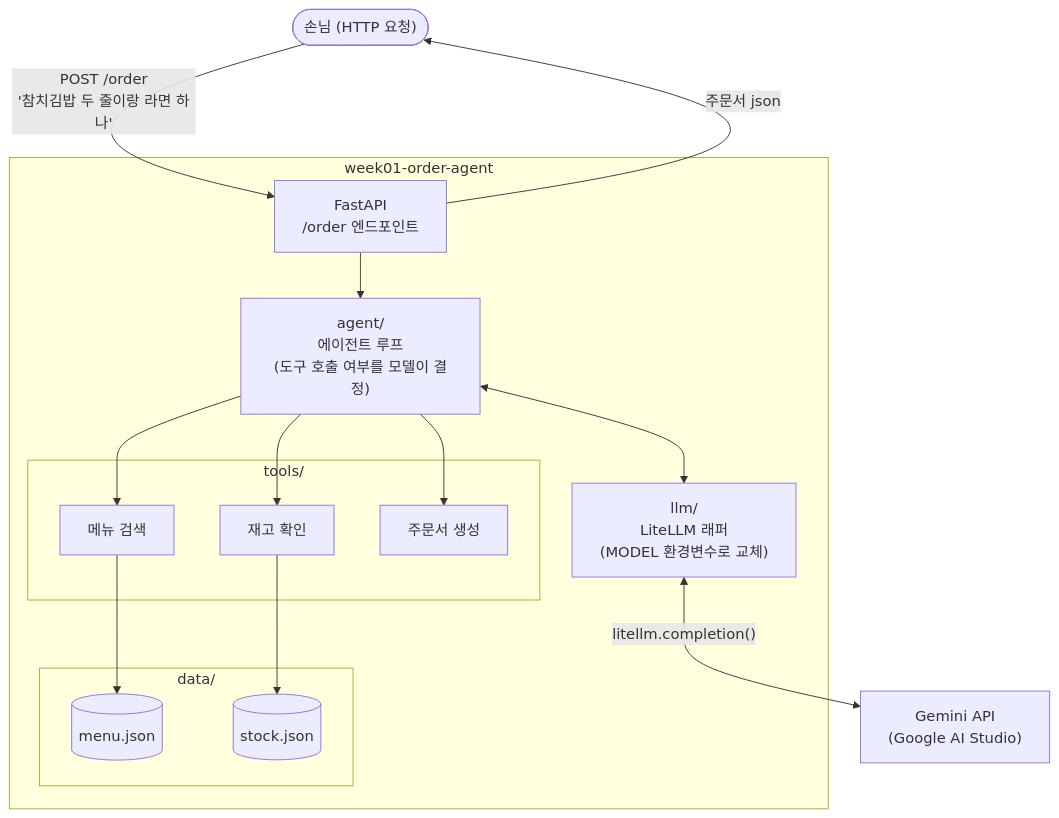
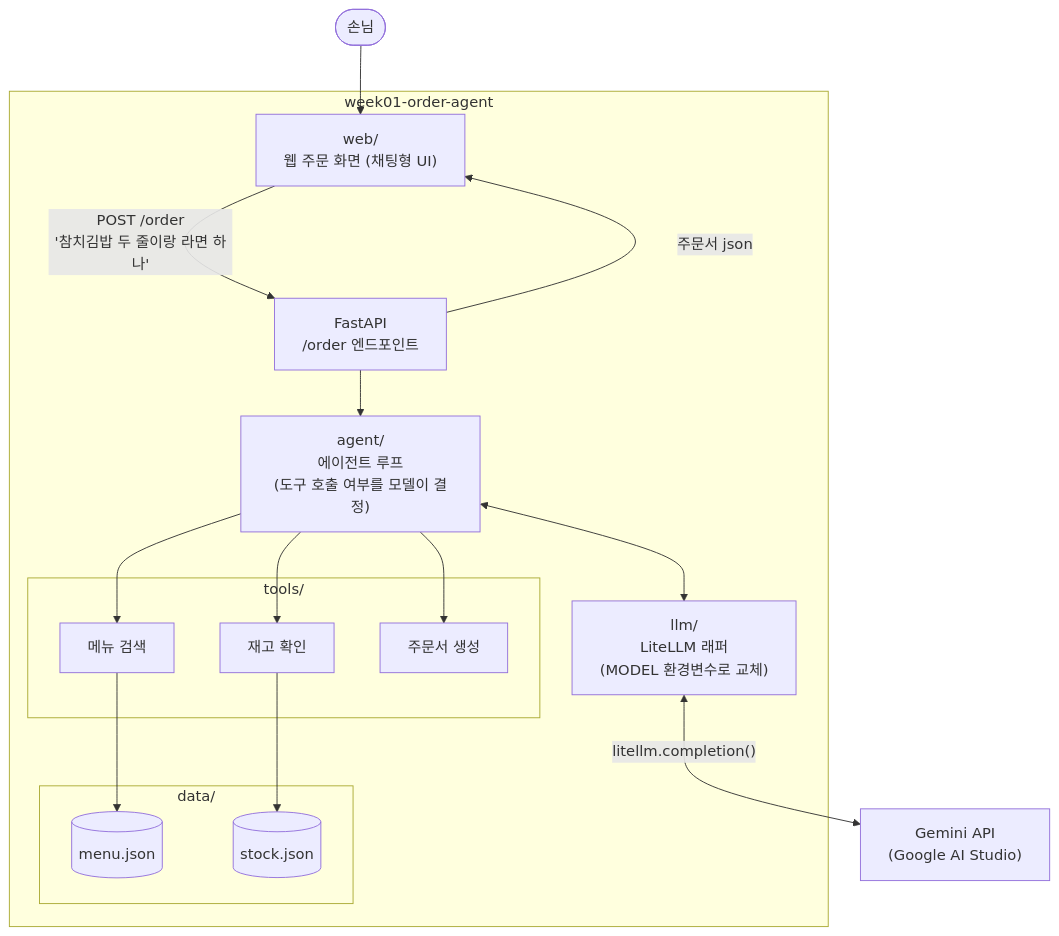
One commit to 2026-ai-service-engineering-a/ai_service_engineering-track_a changed the tenth of 14 diagrams in site/src/content/courses/ko/session-01.mdx. Above: the diagram before and after it, drawn with Mermaid. The commit also changed other lines of this file and 3 other files, not shown here.

````diff
--- a/site/src/content/courses/ko/session-01.mdx
+++ b/site/src/content/courses/ko/session-01.mdx
@@ -339,27 +339,29 @@
 ```mermaid
 flowchart TB
-    U(["손님 (HTTP 요청)"]) -->|"POST /order<br/>'참치김밥 두 줄이랑 라면 하나'"| API
+    U(["손님"]) --> WEB
 
     subgraph app["week01-order-agent"]
+        WEB["web/<br/>웹 주문 화면 (채팅형 UI)"]
+        WEB -->|"POST /order<br/>'참치김밥 두 줄이랑 라면 하나'"| API
         API["FastAPI<br/>/order 엔드포인트"]
         AG["agent/<br/>에이전트 루프<br/>(도구 호출 여부를 모델이 결정)"]
         LLM["llm/<br/>LiteLLM 래퍼<br/>(MODEL 환경변수로 교체)"]
         subgraph tools["tools/"]
             T1["메뉴 검색"]
             T2["재고 확인"]
             T3["주문서 생성"]
         end
         subgraph data["data/"]
             D1[("menu.json")]
             D2[("stock.json")]
         end
         API --> AG
         AG <--> LLM
         AG --> T1 & T2 & T3
         T1 --> D1
         T2 --> D2
     end
 
     LLM <-->|"litellm.completion()"| G["Gemini API<br/>(Google AI Studio)"]
-    API -->|"주문서 json"| U
+    API -->|"주문서 json"| WEB
 ```
````
